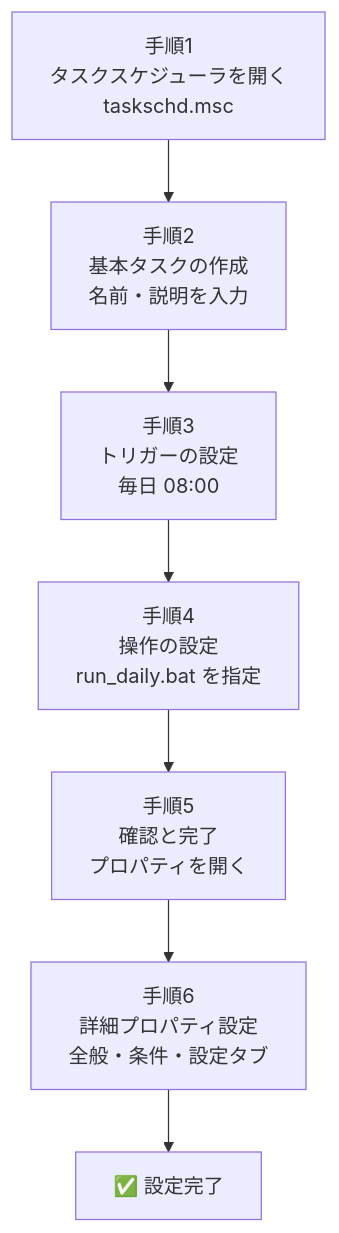
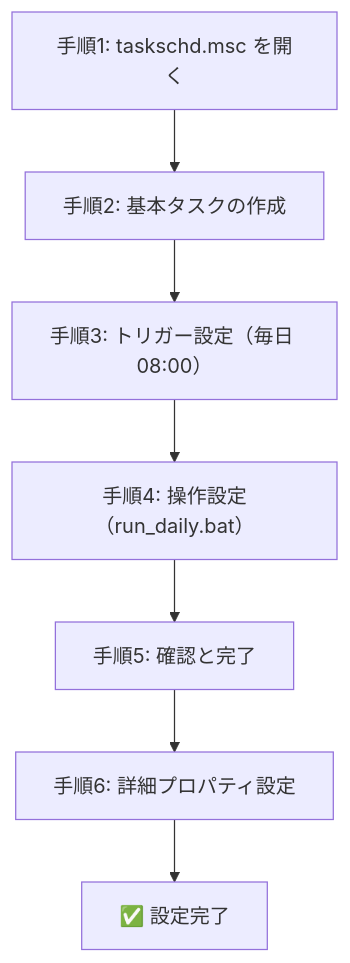
One commit to makio-dev/test-progress-collector changed the second of 3 diagrams in docs/定期実行設定ガイド.md. Above: the diagram before and after it, drawn with Mermaid. The commit also changed other lines of this file and 2 other files, not shown here.

First line of the commit message:
ドキュメント修正: Mermaid内の \n を除去

````diff
--- a/docs/定期実行設定ガイド.md
+++ b/docs/定期実行設定ガイド.md
@@ -176,9 +176,9 @@
 ```mermaid
 flowchart TD
-    H1["手順1\nタスクスケジューラを開く\ntaskschd.msc"] --> H2["手順2\n基本タスクの作成\n名前・説明を入力"]
-    H2 --> H3["手順3\nトリガーの設定\n毎日 08:00"]
-    H3 --> H4["手順4\n操作の設定\nrun_daily.bat を指定"]
-    H4 --> H5["手順5\n確認と完了\nプロパティを開く"]
-    H5 --> H6["手順6\n詳細プロパティ設定\n全般・条件・設定タブ"]
+    H1["手順1: taskschd.msc を開く"] --> H2["手順2: 基本タスクの作成"]
+    H2 --> H3["手順3: トリガー設定（毎日 08:00）"]
+    H3 --> H4["手順4: 操作設定（run_daily.bat）"]
+    H4 --> H5["手順5: 確認と完了"]
+    H5 --> H6["手順6: 詳細プロパティ設定"]
     H6 --> DONE["✅ 設定完了"]
 ```
````
